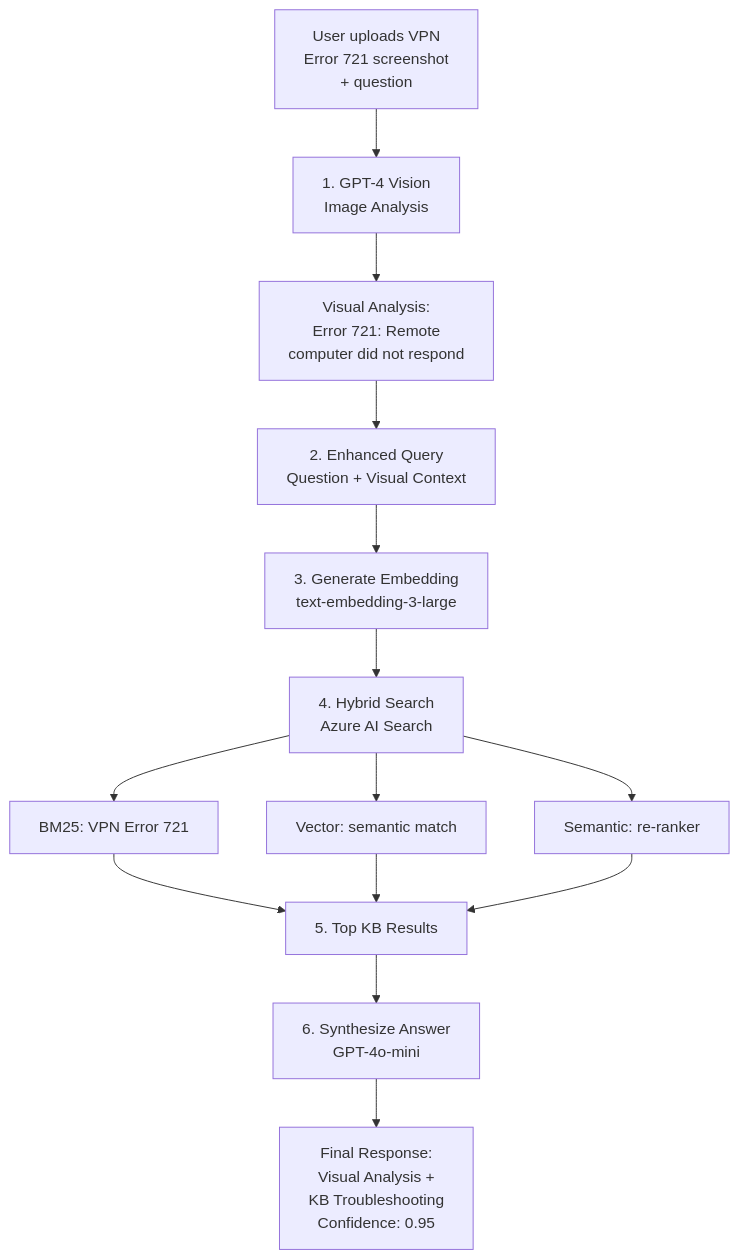
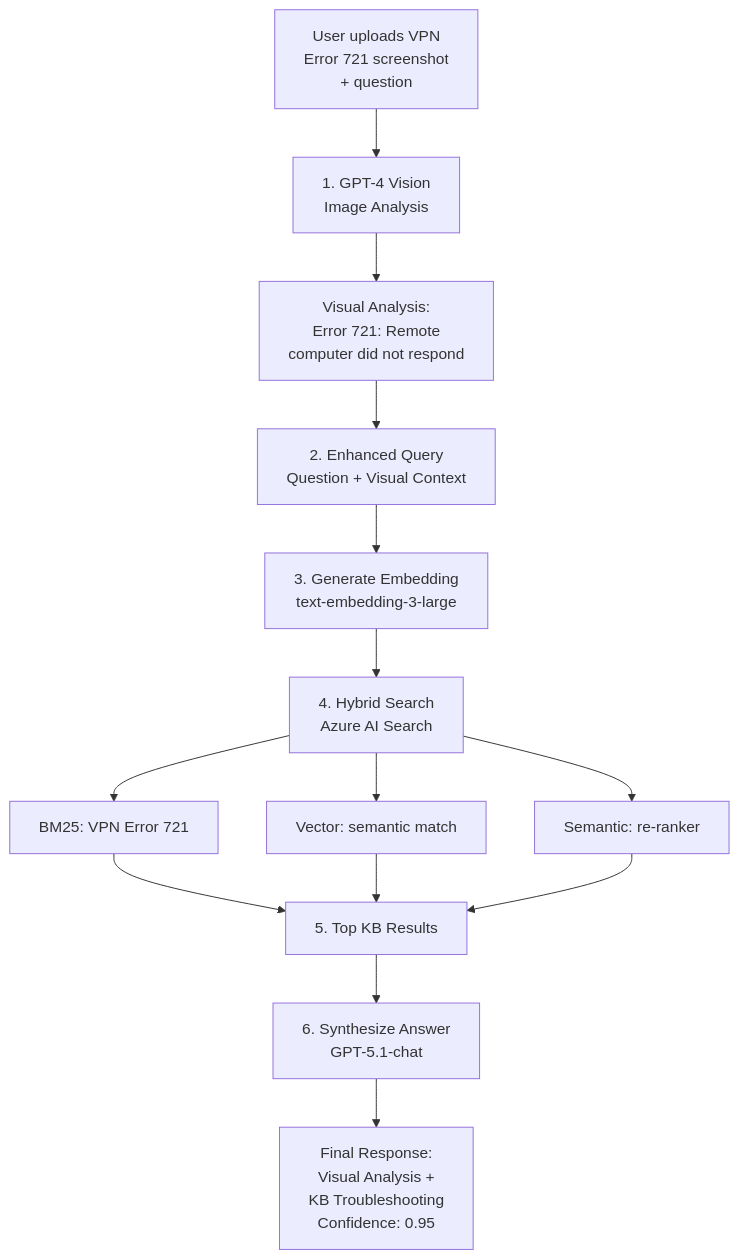
One commit to LuiseFreese/espc25-smart-support-agent changed the second of 2 diagrams in demos/02-rag-search/README.md. Above: the diagram before and after it, drawn with Mermaid. The commit also changed other lines of this file and 75 other files, not shown here.

````diff
--- a/demos/02-rag-search/README.md
+++ b/demos/02-rag-search/README.md
@@ -231,19 +231,19 @@
 ```mermaid
 flowchart TD
     A[User uploads VPN<br/>Error 721 screenshot<br/>+ question] --> B[1. GPT-4 Vision<br/>Image Analysis]
     B --> B1[Visual Analysis:<br/>Error 721: Remote<br/>computer did not respond]
     B1 --> C[2. Enhanced Query<br/>Question + Visual Context]
     C --> D[3. Generate Embedding<br/>text-embedding-3-large]
     D --> E[4. Hybrid Search<br/>Azure AI Search]
     
     E --> E1[BM25: VPN Error 721]
     E --> E2[Vector: semantic match]
     E --> E3[Semantic: re-ranker]
     
     E1 --> F[5. Top KB Results]
     E2 --> F
     E3 --> F
     
-    F --> G[6. Synthesize Answer<br/>GPT-4o-mini]
+    F --> G[6. Synthesize Answer<br/>GPT-5.1-chat]
     G --> H[Final Response:<br/>Visual Analysis +<br/>KB Troubleshooting<br/>Confidence: 0.95]
 ```
````
